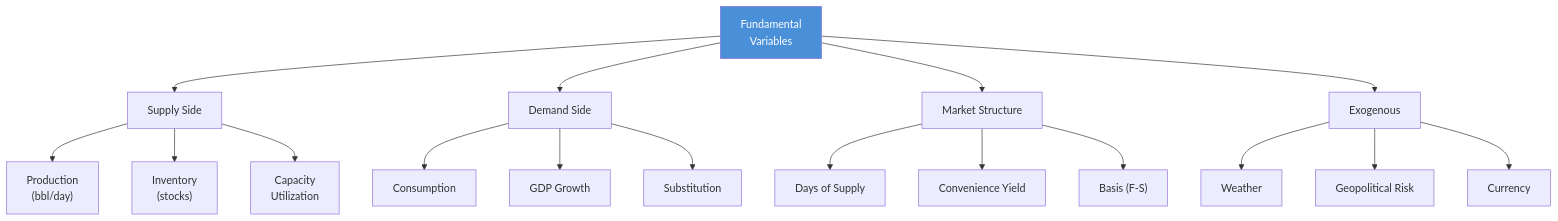
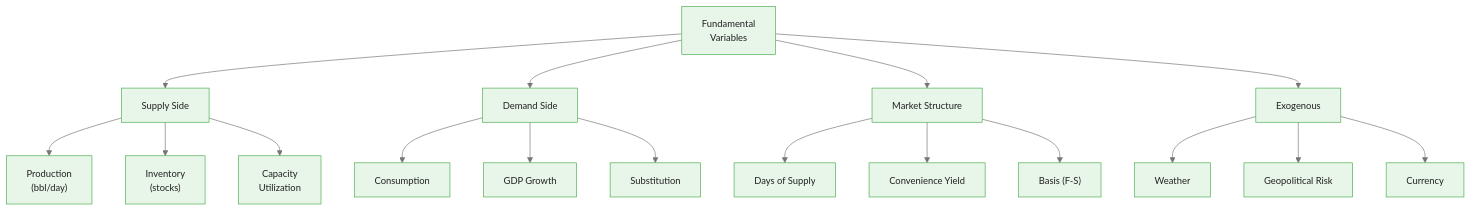
The first of 3 diagrams in courses/bayesian-commodity-forecasting/modules/module_08_fundamentals_integration/guides/02_fundamental_variables_slides.md (m-deane/course-creator), drawn with Mermaid before and after one commit. The commit also changed other lines of this file and 104 other files, not shown here.

````diff
--- a/courses/bayesian-commodity-forecasting/modules/module_08_fundamentals_integration/guides/02_fundamental_variables_slides.md
+++ b/courses/bayesian-commodity-forecasting/modules/module_08_fundamentals_integration/guides/02_fundamental_variables_slides.md
@@ -44,20 +52,20 @@
 ```mermaid
+%%{init: {"theme": "base", "themeVariables": {"primaryColor": "#e8f5e9", "primaryBorderColor": "#4caf50", "primaryTextColor": "#212121", "secondaryColor": "#e3f2fd", "tertiaryColor": "#fff8e1", "lineColor": "#757575", "fontFamily": "Inter, sans-serif", "fontSize": "14px"}}}%%
 flowchart TD
     FUND["Fundamental\nVariables"] --> SUPPLY["Supply Side"]
     FUND --> DEMAND["Demand Side"]
     FUND --> MARKET["Market Structure"]
     FUND --> EXOG["Exogenous"]
     SUPPLY --> S1["Production\n(bbl/day)"]
     SUPPLY --> S2["Inventory\n(stocks)"]
     SUPPLY --> S3["Capacity\nUtilization"]
     DEMAND --> D1["Consumption"]
     DEMAND --> D2["GDP Growth"]
     DEMAND --> D3["Substitution"]
     MARKET --> M1["Days of Supply"]
     MARKET --> M2["Convenience Yield"]
     MARKET --> M3["Basis (F-S)"]
     EXOG --> E1["Weather"]
     EXOG --> E2["Geopolitical Risk"]
     EXOG --> E3["Currency"]
-    style FUND fill:#4a90d9,color:#fff
 ```
````
